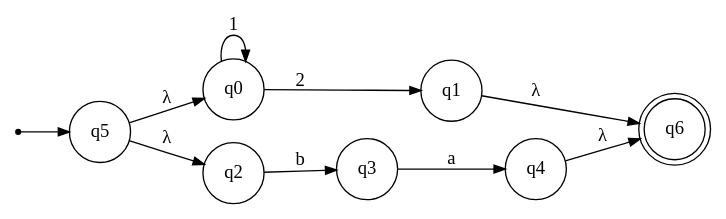
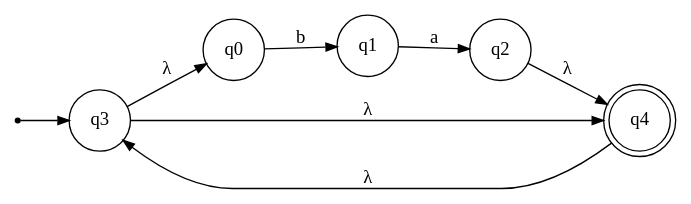
One commit to iMahdiGhazavi/TLA4012-Midterm-Project changed the diagram in Digraph.gv. Above: the diagram before and after it, drawn with Graphviz. The commit also changed 3 other files, not shown here.

```diff
--- a/Digraph.gv
+++ b/Digraph.gv
@@ -1,21 +1,17 @@
 digraph {
 	ranksep=0.5 size="(8, 8)"
 	rankdir=LR
 	Initial [label="" fontsize=14.0 shape=point]
 	q0 [fontsize=14.0 shape=circle]
 	q1 [fontsize=14.0 shape=circle]
 	q2 [fontsize=14.0 shape=circle]
 	q3 [fontsize=14.0 shape=circle]
-	q4 [fontsize=14.0 shape=circle]
-	q5 [fontsize=14.0 shape=circle]
-	q6 [fontsize=14.0 shape=doublecircle]
-	Initial -> q5 [arrowsize=0.85]
-	q0 -> q0 [label=" 1 " arrowsize=0.85 fontsize=14.0]
-	q0 -> q1 [label=" 2 " arrowsize=0.85 fontsize=14.0]
-	q1 -> q6 [label=" λ " arrowsize=0.85 fontsize=14.0]
-	q2 -> q3 [label=" b " arrowsize=0.85 fontsize=14.0]
-	q3 -> q4 [label=" a " arrowsize=0.85 fontsize=14.0]
-	q4 -> q6 [label=" λ " arrowsize=0.85 fontsize=14.0]
-	q5 -> q2 [label=" λ " arrowsize=0.85 fontsize=14.0]
-	q5 -> q0 [label=" λ " arrowsize=0.85 fontsize=14.0]
+	q4 [fontsize=14.0 shape=doublecircle]
+	Initial -> q3 [arrowsize=0.85]
+	q0 -> q1 [label=" b " arrowsize=0.85 fontsize=14.0]
+	q1 -> q2 [label=" a " arrowsize=0.85 fontsize=14.0]
+	q2 -> q4 [label=" λ " arrowsize=0.85 fontsize=14.0]
+	q3 -> q4 [label=" λ " arrowsize=0.85 fontsize=14.0]
+	q3 -> q0 [label=" λ " arrowsize=0.85 fontsize=14.0]
+	q4 -> q3 [label=" λ " arrowsize=0.85 fontsize=14.0]
 }
```
